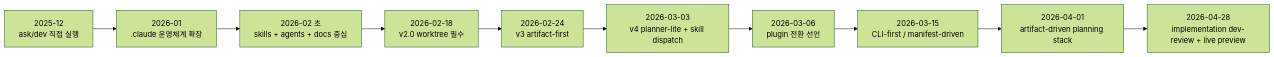
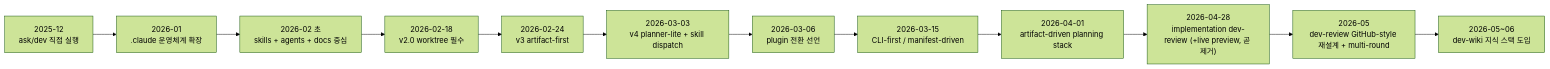
The first of 14 diagrams in docs/claude-code-workflow-evolution.md (SeoJaeWan/try-claude-code), drawn with Mermaid (forest theme) before and after one commit. The commit also changed other lines of this file and 1 other file, not shown here.

Commit message:
fix(codex): restore dev wiki graph loading

````diff
--- a/docs/claude-code-workflow-evolution.md
+++ b/docs/claude-code-workflow-evolution.md
@@ -34,15 +40,17 @@
 ```mermaid
 flowchart LR
     A["2025-12<br/>ask/dev 직접 실행"]
     B["2026-01<br/>.claude 운영체계 확장"]
     C["2026-02 초<br/>skills + agents + docs 중심"]
     D["2026-02-18<br/>v2.0 worktree 필수"]
     E["2026-02-24<br/>v3 artifact-first"]
     F["2026-03-03<br/>v4 planner-lite + skill dispatch"]
     G["2026-03-06<br/>plugin 전환 선언"]
     H["2026-03-15<br/>CLI-first / manifest-driven"]
     I["2026-04-01<br/>artifact-driven planning stack"]
-    J["2026-04-28<br/>implementation dev-review + live preview"]
+    J["2026-04-28<br/>implementation dev-review (+live preview, 곧 제거)"]
+    K["2026-05<br/>dev-review GitHub-style 재설계 + multi-round"]
+    L["2026-05~06<br/>dev-wiki 지식 스택 도입"]
 
-    A --> B --> C --> D --> E --> F --> G --> H --> I --> J
+    A --> B --> C --> D --> E --> F --> G --> H --> I --> J --> K --> L
 ```
````
